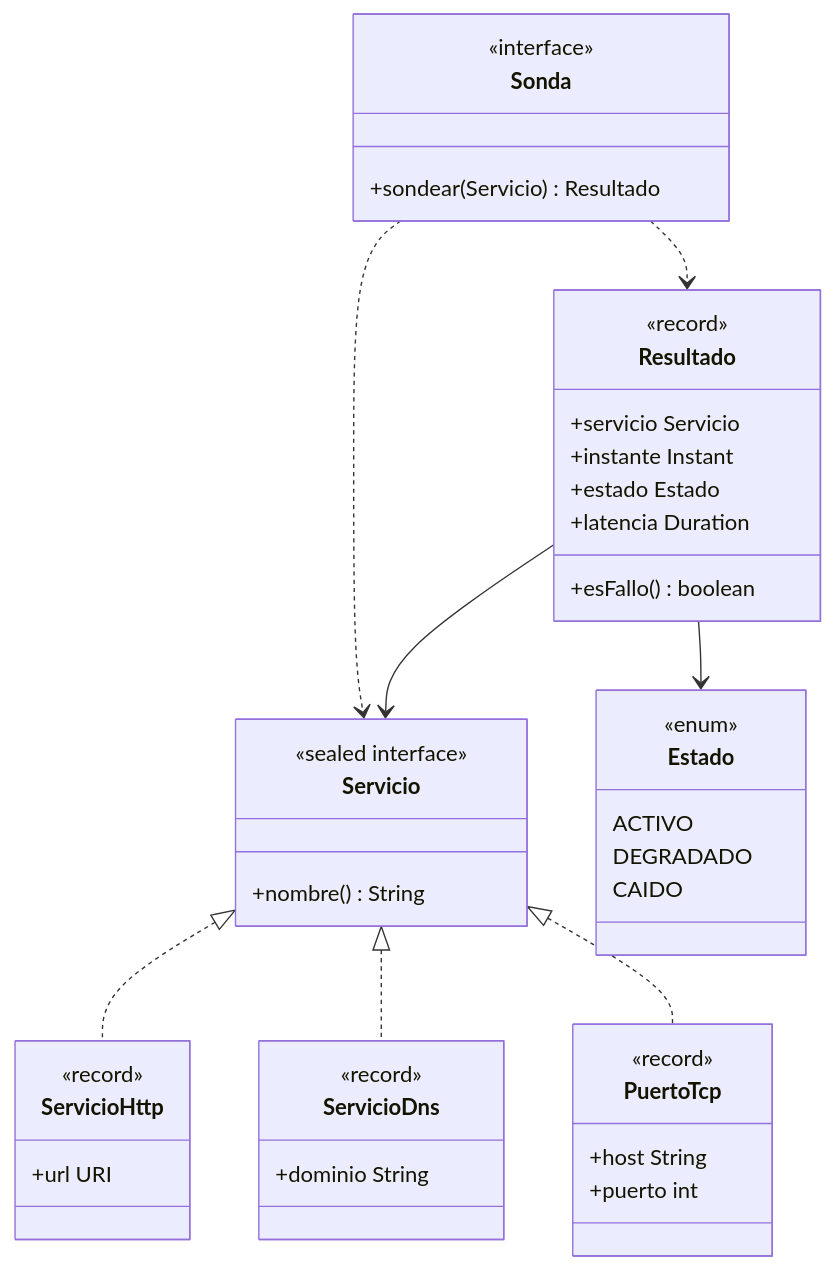
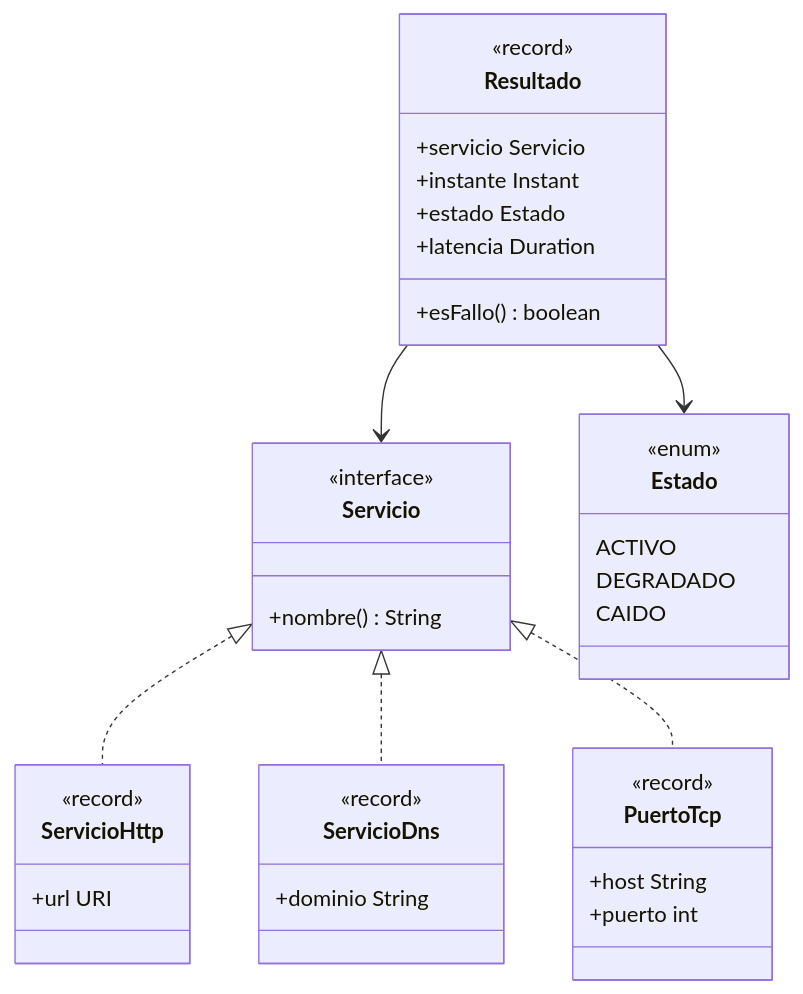
The third of 10 diagrams in es/contenido/tema1.qmd (UIB-22354-Programacion-Avanzada/website), drawn with Mermaid before and after one commit. The commit also changed other lines of this file and 8 other files, not shown here.

````diff
--- a/es/contenido/tema1.qmd
+++ b/es/contenido/tema1.qmd
@@ -1299,45 +1319,39 @@
 ```{mermaid}
 classDiagram
     class Servicio {
-        <<sealed interface>>
+        <<interface>>
         +nombre() String
     }
     class ServicioHttp {
         <<record>>
         +url URI
     }
     class ServicioDns {
         <<record>>
         +dominio String
     }
     class PuertoTcp {
         <<record>>
         +host String
         +puerto int
     }
     class Estado {
         <<enum>>
         ACTIVO
         DEGRADADO
         CAIDO
     }
     class Resultado {
         <<record>>
         +servicio Servicio
         +instante Instant
         +estado Estado
         +latencia Duration
         +esFallo() boolean
     }
-    class Sonda {
-        <<interface>>
-        +sondear(Servicio) Resultado
-    }
     Servicio <|.. ServicioHttp
     Servicio <|.. ServicioDns
     Servicio <|.. PuertoTcp
     Resultado --> Servicio
     Resultado --> Estado
-    Sonda ..> Servicio
-    Sonda ..> Resultado
 ```
````
